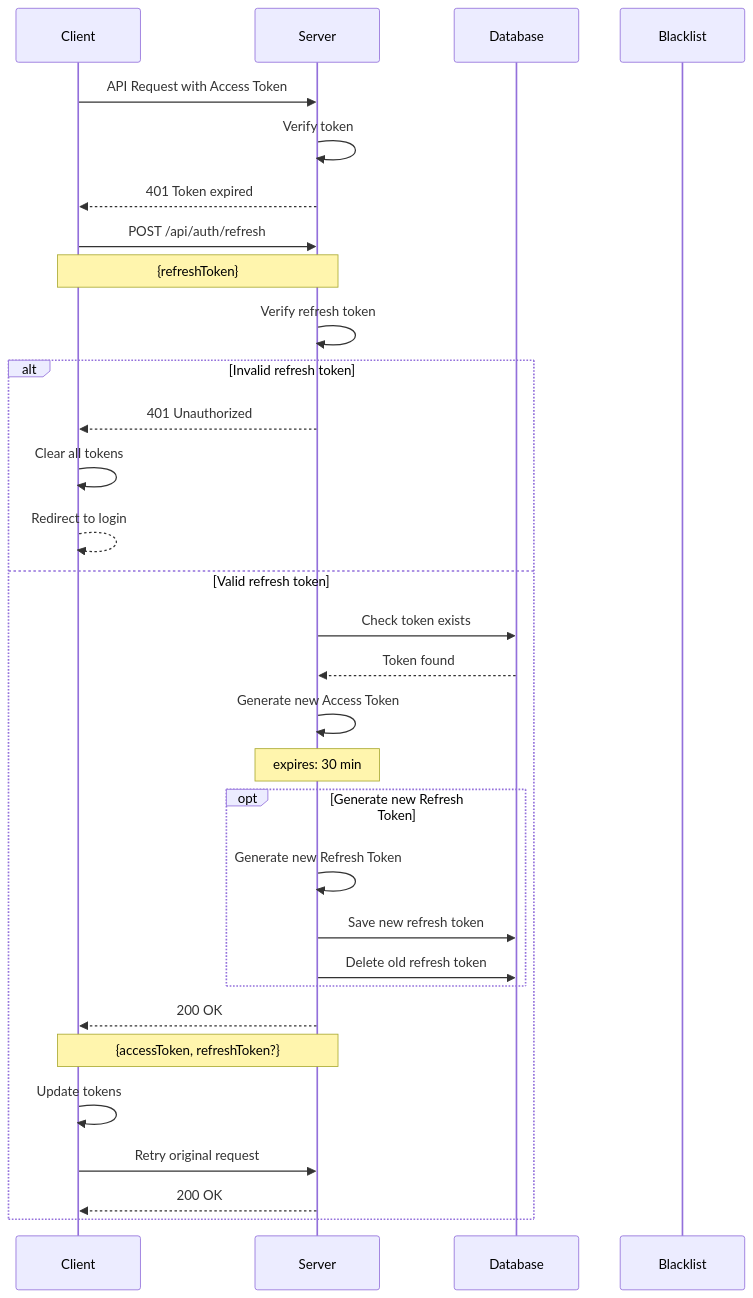
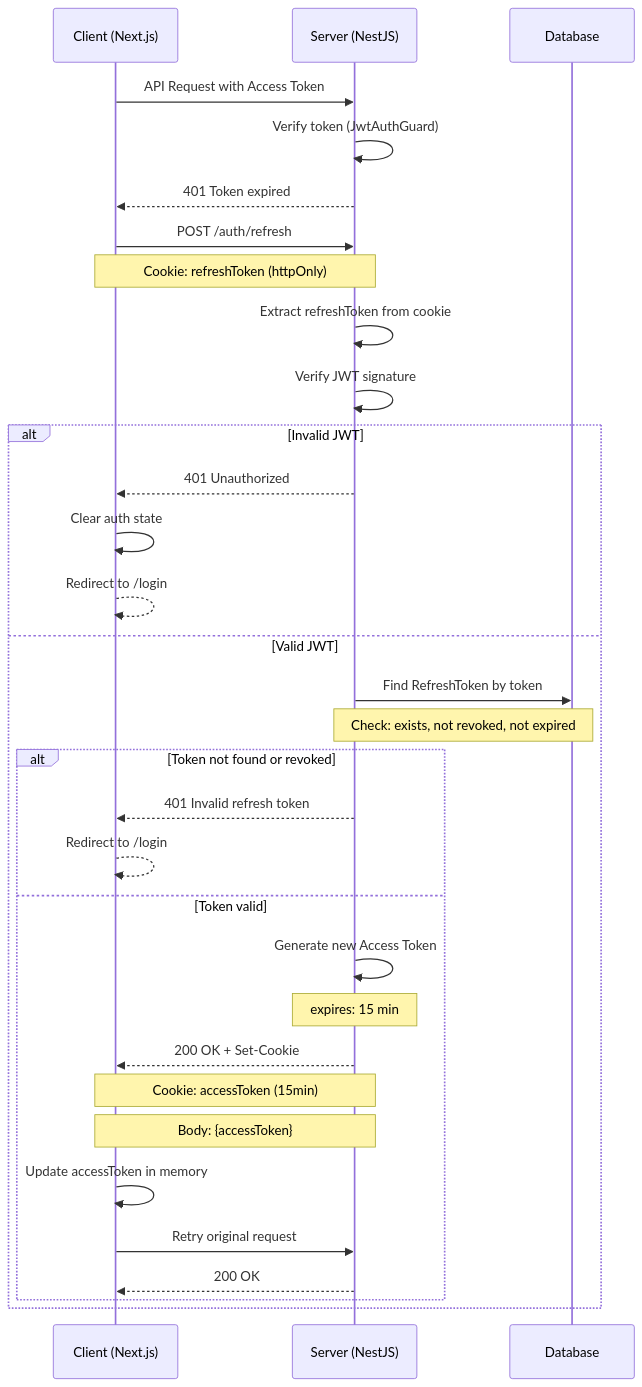
Before and after one commit to huy1235588/restaurant-management: the sixth of 12 diagrams in docs/diagrams/AUTHENTICATION_MANAGEMENT_DIAGRAMS.md, drawn with Mermaid. The commit also changed other lines of this file and 18 other files, not shown here.

````diff
--- a/docs/diagrams/AUTHENTICATION_MANAGEMENT_DIAGRAMS.md
+++ b/docs/diagrams/AUTHENTICATION_MANAGEMENT_DIAGRAMS.md
@@ -201,41 +189,41 @@
 ```mermaid
 sequenceDiagram
-    participant C as Client
-    participant S as Server
+    participant C as Client (Next.js)
+    participant S as Server (NestJS)
     participant DB as Database
-    participant BL as Blacklist
     
     C->>S: API Request with Access Token
-    S->>S: Verify token
+    S->>S: Verify token (JwtAuthGuard)
     S-->>C: 401 Token expired
     
-    C->>S: POST /api/auth/refresh
-    Note over C,S: {refreshToken}
+    C->>S: POST /auth/refresh
+    Note over C,S: Cookie: refreshToken (httpOnly)
     
-    S->>S: Verify refresh token
+    S->>S: Extract refreshToken from cookie
+    S->>S: Verify JWT signature
     
-    alt Invalid refresh token
+    alt Invalid JWT
         S-->>C: 401 Unauthorized
-        C->>C: Clear all tokens
-        C-->>C: Redirect to login
-    else Valid refresh token
-        S->>DB: Check token exists
-        DB-->>S: Token found
+        C->>C: Clear auth state
+        C-->>C: Redirect to /login
+    else Valid JWT
+        S->>DB: Find RefreshToken by token
+        Note over S,DB: Check: exists, not revoked, not expired
         
-        S->>S: Generate new Access Token
-        Note over S: expires: 30 min
-        
-        opt Generate new Refresh Token
-            S->>S: Generate new Refresh Token
-            S->>DB: Save new refresh token
-            S->>DB: Delete old refresh token
+        alt Token not found or revoked
+            S-->>C: 401 Invalid refresh token
+            C-->>C: Redirect to /login
+        else Token valid
+            S->>S: Generate new Access Token
+            Note over S: expires: 15 min
+            
+            S-->>C: 200 OK + Set-Cookie
+            Note over C,S: Cookie: accessToken (15min)
+            Note over C,S: Body: {accessToken}
+            
+            C->>C: Update accessToken in memory
+            C->>S: Retry original request
+            S-->>C: 200 OK
         end
-        
-        S-->>C: 200 OK
-        Note over C,S: {accessToken, refreshToken?}
-        
-        C->>C: Update tokens
-        C->>S: Retry original request
-        S-->>C: 200 OK
     end
 ```
````
